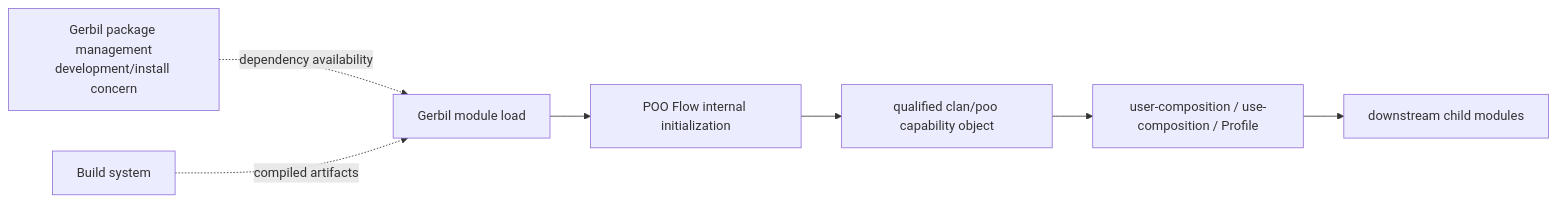
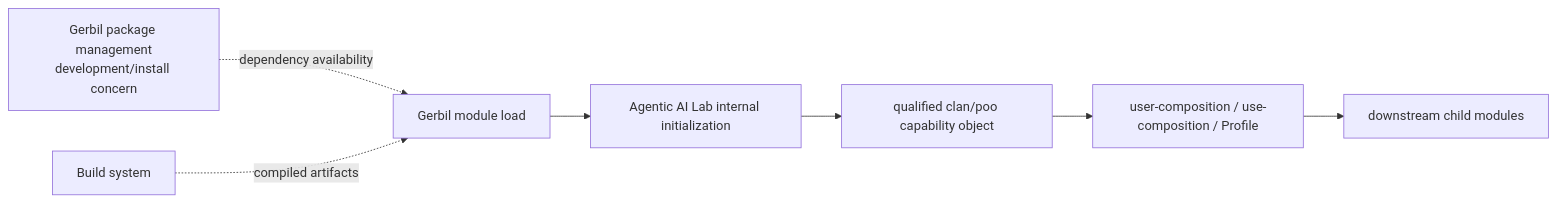
One commit to tao3k/gebril-yuanxu changed the tenth of 15 diagrams in module-system/design/45-00-mix-profile-rfc-archive.org. Above: the diagram before and after it, drawn with Mermaid. The commit also changed other lines of this file and 507 other files, not shown here.

```diff
--- a/module-system/design/45-00-mix-profile-rfc-archive.org
+++ b/module-system/design/45-00-mix-profile-rfc-archive.org
@@ -1221,14 +1221,14 @@
 #+begin_src mermaid
 flowchart LR
   PM["Gerbil package management<br/>development/install concern"]
   BM["Build system"]
   GM["Gerbil module load"]
-  PI["POO Flow internal initialization"]
+  PI["Agentic AI Lab internal initialization"]
   CQ["qualified clan/poo capability object"]
   UI["user-composition / use-composition / Profile"]
   CH["downstream child modules"]
 
   PM -. "dependency availability" .-> GM
   BM -. "compiled artifacts" .-> GM
   GM --> PI --> CQ --> UI --> CH
 #+end_src
```
